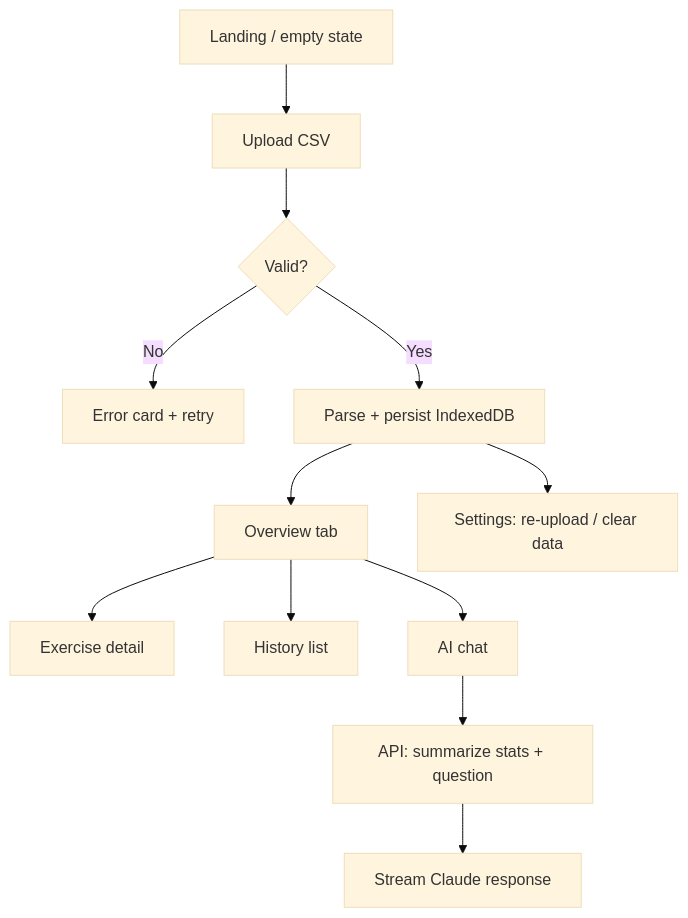
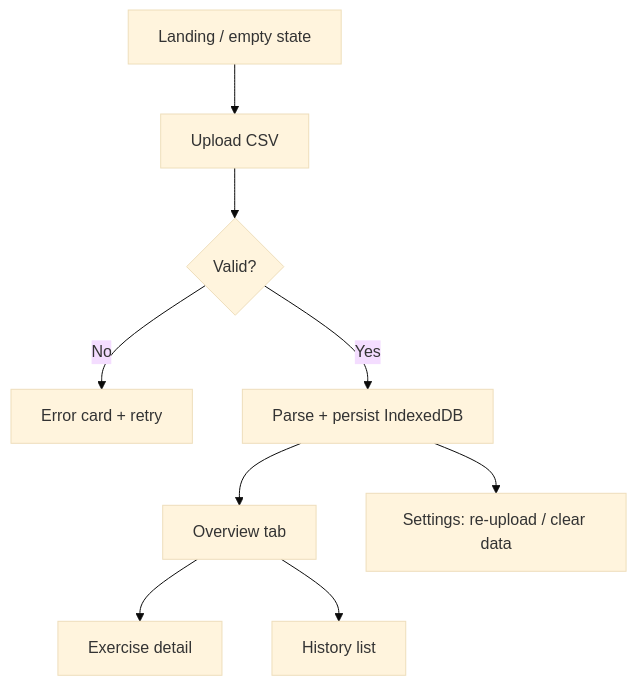
One commit to reubxn/setdown changed the diagram in SPEC.md. Above: the diagram before and after it, drawn with Mermaid (base theme). The commit also changed other lines of this file and 77 other files, not shown here.

````diff
--- a/SPEC.md
+++ b/SPEC.md
@@ -159,14 +157,11 @@
 ```mermaid
 flowchart TD
   A[Landing / empty state] --> B[Upload CSV]
   B --> C{Valid?}
   C -->|No| D[Error card + retry]
   C -->|Yes| E[Parse + persist IndexedDB]
   E --> F[Overview tab]
   F --> G[Exercise detail]
   F --> H[History list]
-  F --> I[AI chat]
-  I --> J[API: summarize stats + question]
-  J --> K[Stream Claude response]
   E --> L[Settings: re-upload / clear data]
 ```
````
